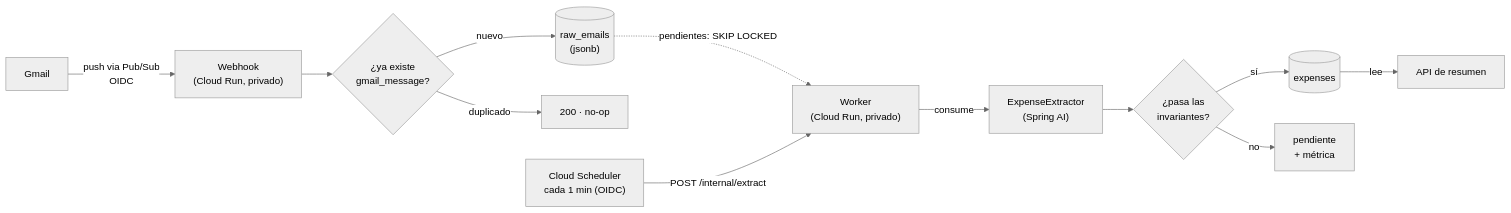
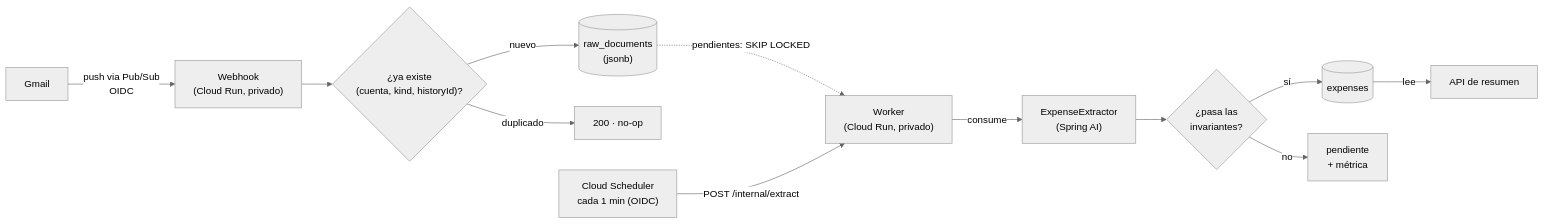
The diagram in README.md (fperezlefiman/expense-tracker), drawn with Mermaid (neutral theme) before and after one commit. The commit also changed other lines of this file and 14 other files, not shown here.

````diff
--- a/README.md
+++ b/README.md
@@ -22,14 +22,14 @@
 ```mermaid
 flowchart LR
     G[Gmail] -->|"push via Pub/Sub<br/>OIDC"| W["Webhook<br/>(Cloud Run, privado)"]
-    W --> ID{"¿ya existe<br/>gmail_message?"}
-    ID -->|"nuevo"| RAW[("raw_emails<br/>(jsonb)")]
+    W --> ID{"¿ya existe<br/>(cuenta, kind, historyId)?"}
+    ID -->|"nuevo"| RAW[("raw_documents<br/>(jsonb)")]
     ID -->|"duplicado"| NOOP["200 · no-op"]
     RAW -.->|"pendientes: SKIP LOCKED"| WK["Worker<br/>(Cloud Run, privado)"]
     SCH["Cloud Scheduler<br/>cada 1 min (OIDC)"] -->|"POST /internal/extract"| WK
     WK -->|"consume"| EX["ExpenseExtractor<br/>(Spring AI)"]
     EX --> VAL{"¿pasa las<br/>invariantes?"}
     VAL -->|"sí"| EXP[("expenses")]
     VAL -->|"no"| RETRY["pendiente<br/>+ métrica"]
     EXP -->|"lee"| API["API de resumen"]
 ```
````
